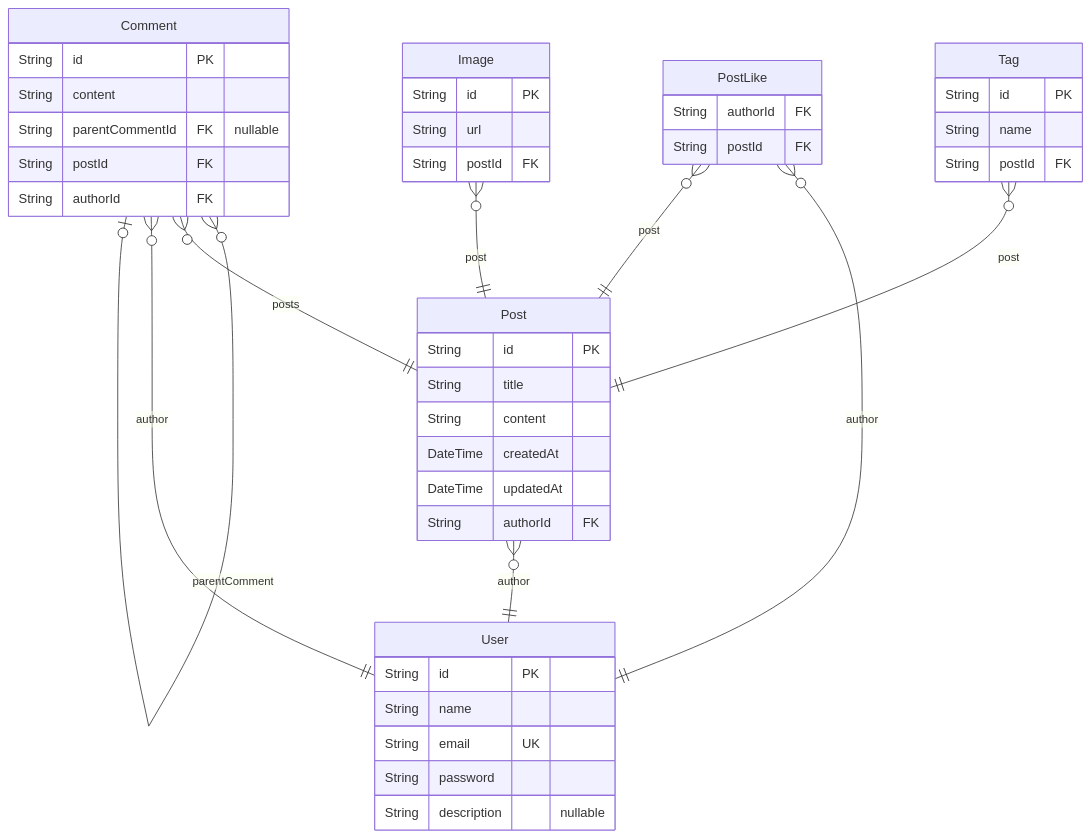
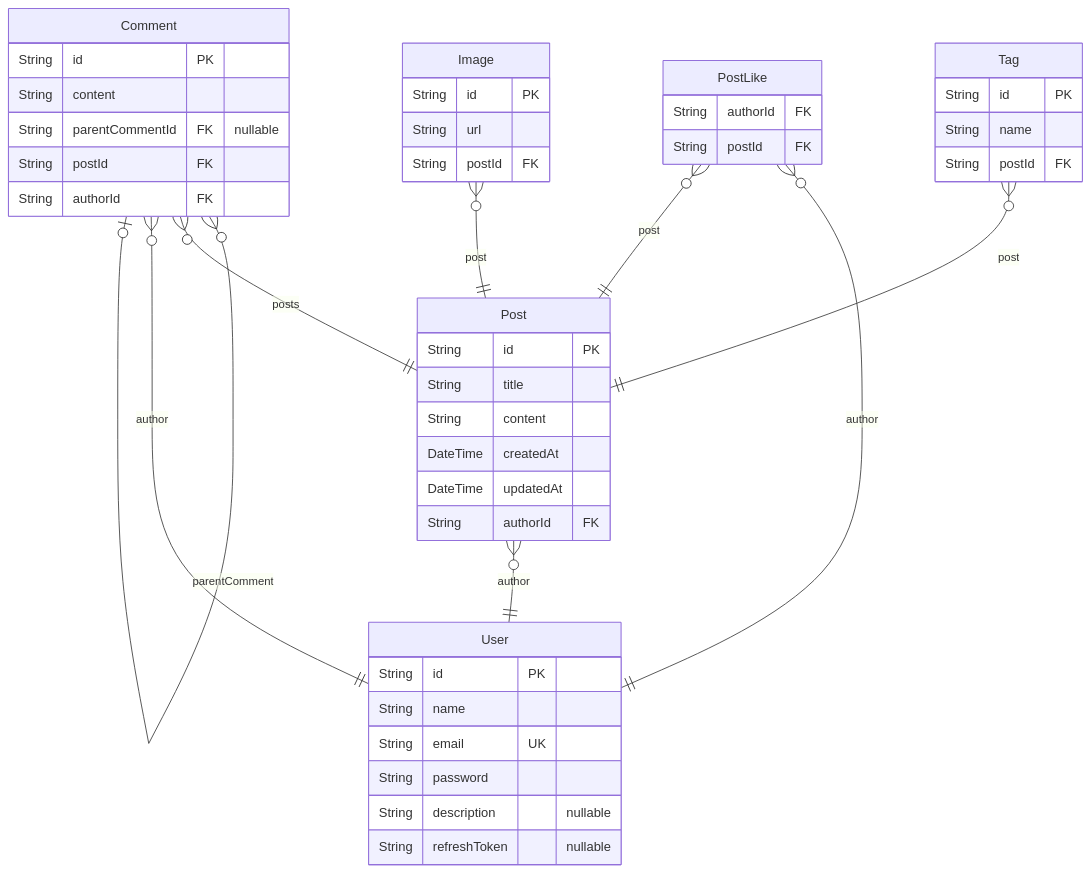
Before and after one commit to JongDeug/blog-backend: the diagram in prisma/ERD.md, drawn with Mermaid. The commit also changed other lines of this file and 9 other files, not shown here.

````diff
--- a/prisma/ERD.md
+++ b/prisma/ERD.md
@@ -7,47 +7,48 @@
 ```mermaid
 erDiagram
 "User" {
   String id PK
   String name
   String email UK
   String password
   String description "nullable"
+  String refreshToken "nullable"
 }
 "Post" {
   String id PK
   String title
   String content
   DateTime createdAt
   DateTime updatedAt
   String authorId FK
 }
 "Comment" {
   String id PK
   String content
   String parentCommentId FK "nullable"
   String postId FK
   String authorId FK
 }
 "PostLike" {
   String authorId FK
   String postId FK
 }
 "Tag" {
   String id PK
   String name
   String postId FK
 }
 "Image" {
   String id PK
   String url
   String postId FK
 }
 "Post" }o--|| "User" : author
 "Comment" }o--o| "Comment" : parentComment
 "Comment" }o--|| "Post" : posts
 "Comment" }o--|| "User" : author
 "PostLike" }o--|| "User" : author
 "PostLike" }o--|| "Post" : post
 "Tag" }o--|| "Post" : post
 "Image" }o--|| "Post" : post
 ```
````
